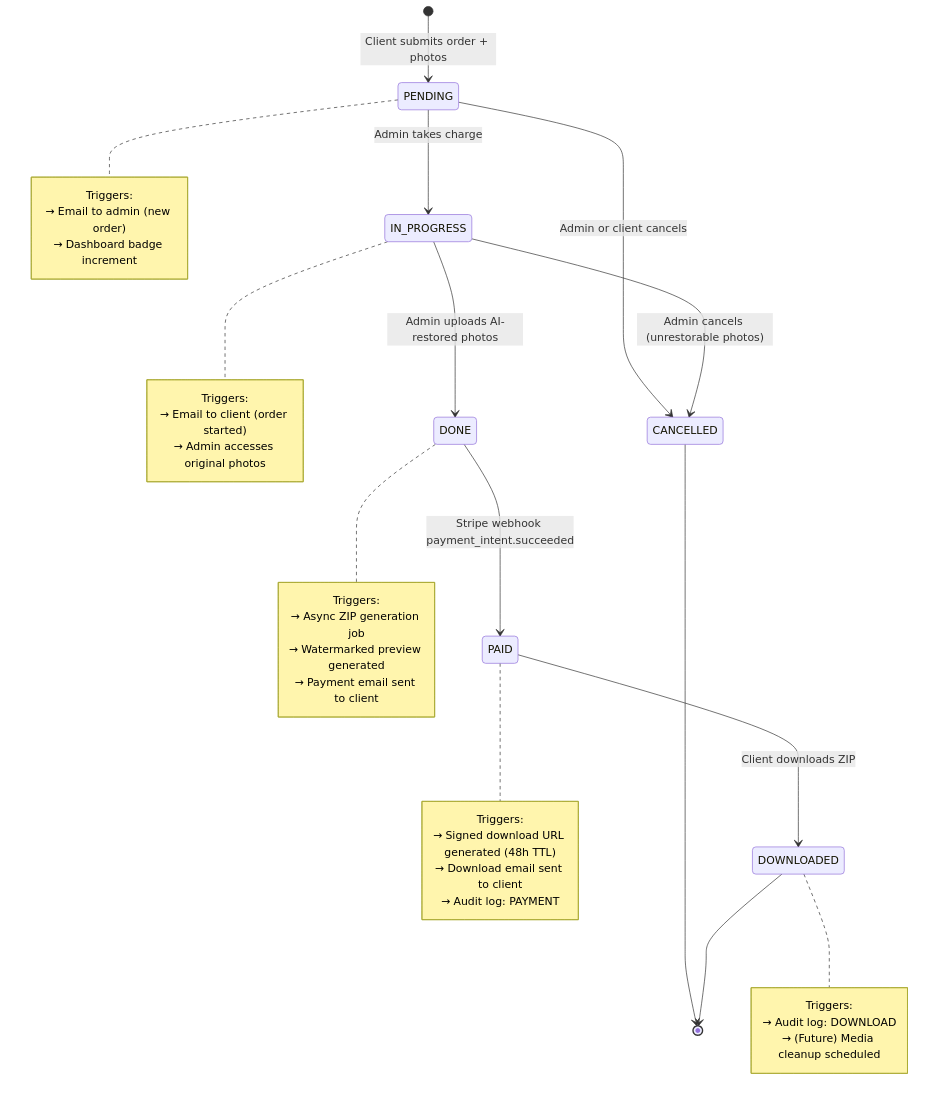
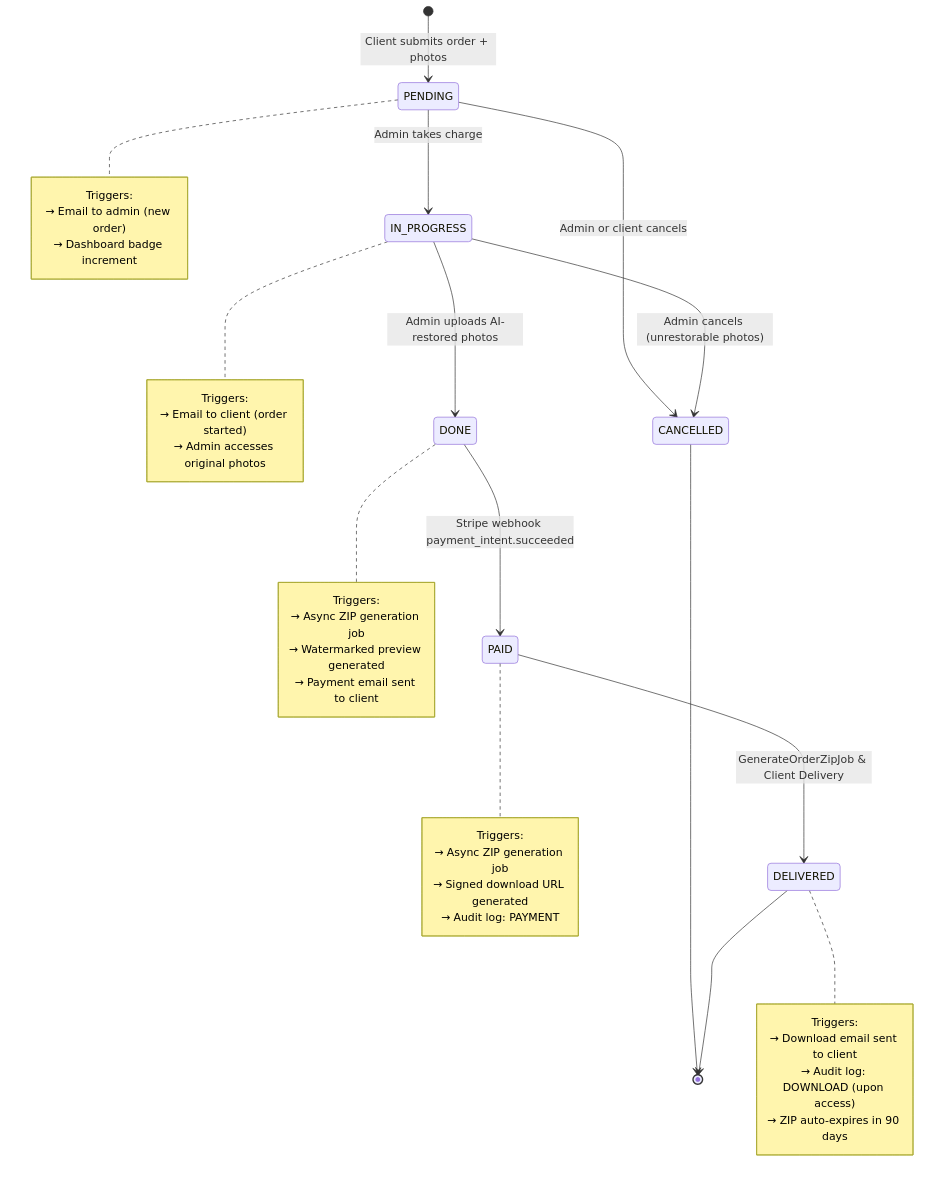
The seventh of 12 diagrams in docs/architecture.mdx (zyrass/OmnyRestore), drawn with Mermaid before and after one commit. The commit also changed other lines of this file and 7 other files, not shown here.

````diff
--- a/docs/architecture.mdx
+++ b/docs/architecture.mdx
@@ -330,48 +331,49 @@
 ```mermaid
 stateDiagram-v2
     [*] --> PENDING : Client submits order + photos
 
     PENDING --> IN_PROGRESS : Admin takes charge
     PENDING --> CANCELLED : Admin or client cancels
 
     IN_PROGRESS --> DONE : Admin uploads AI-restored photos
     IN_PROGRESS --> CANCELLED : Admin cancels (unrestorable photos)
 
     DONE --> PAID : Stripe webhook payment_intent.succeeded
-    PAID --> DOWNLOADED : Client downloads ZIP
+    PAID --> DELIVERED : GenerateOrderZipJob & Client Delivery
 
     CANCELLED --> [*]
-    DOWNLOADED --> [*]
+    DELIVERED --> [*]
 
     note right of PENDING
         Triggers:
         → Email to admin (new order)
         → Dashboard badge increment
     end note
 
     note right of IN_PROGRESS
         Triggers:
         → Email to client (order started)
         → Admin accesses original photos
     end note
 
     note right of DONE
         Triggers:
         → Async ZIP generation job
         → Watermarked preview generated
         → Payment email sent to client
     end note
 
     note right of PAID
         Triggers:
-        → Signed download URL generated (48h TTL)
-        → Download email sent to client
+        → Async ZIP generation job
+        → Signed download URL generated
         → Audit log: PAYMENT
     end note
 
-    note right of DOWNLOADED
+    note right of DELIVERED
         Triggers:
-        → Audit log: DOWNLOAD
-        → (Future) Media cleanup scheduled
+        → Download email sent to client
+        → Audit log: DOWNLOAD (upon access)
+        → ZIP auto-expires in 90 days
     end note
 ```
````
